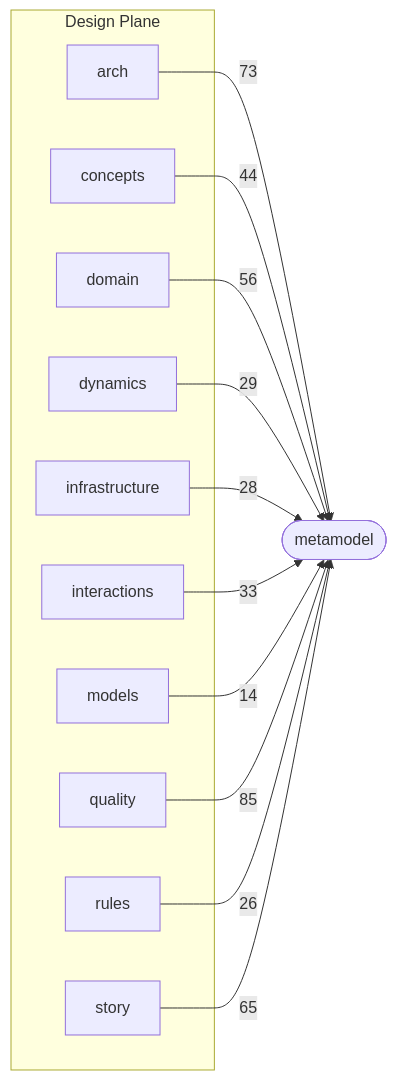
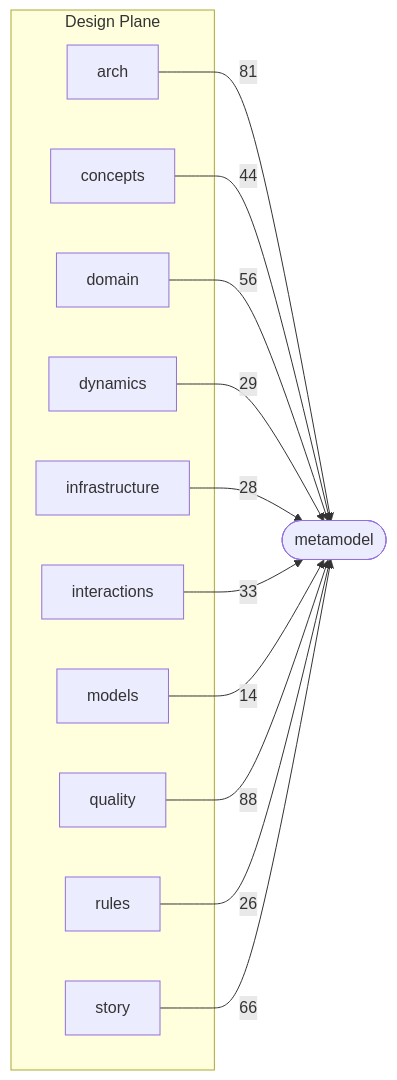
The second of 3 diagrams in docs/schema-atlas/v2.8/layer-map.md (Archally/blueprint-schema), drawn with Mermaid before and after one commit. The commit also changed other lines of this file and 5 other files, not shown here.

Commit message:
Schema Atlas: the catalog follows the 2.8.86 schema

````diff
--- a/docs/schema-atlas/v2.8/layer-map.md
+++ b/docs/schema-atlas/v2.8/layer-map.md
@@ -95,26 +95,26 @@
 ```mermaid
 graph LR
     subgraph design_plane["Design Plane"]
         design_arch_schema_yaml["arch"]
         design_concepts_schema_yaml["concepts"]
         design_domain_schema_yaml["domain"]
         design_dynamics_schema_yaml["dynamics"]
         design_infrastructure_schema_yaml["infrastructure"]
         design_interactions_schema_yaml["interactions"]
         design_models_schema_yaml["models"]
         design_quality_schema_yaml["quality"]
         design_rules_schema_yaml["rules"]
         design_story_schema_yaml["story"]
     end
     metamodel_schema_yaml(["metamodel"])
-    design_arch_schema_yaml -->|73| metamodel_schema_yaml
+    design_arch_schema_yaml -->|81| metamodel_schema_yaml
     design_concepts_schema_yaml -->|44| metamodel_schema_yaml
     design_domain_schema_yaml -->|56| metamodel_schema_yaml
     design_dynamics_schema_yaml -->|29| metamodel_schema_yaml
     design_infrastructure_schema_yaml -->|28| metamodel_schema_yaml
     design_interactions_schema_yaml -->|33| metamodel_schema_yaml
     design_models_schema_yaml -->|14| metamodel_schema_yaml
-    design_quality_schema_yaml -->|85| metamodel_schema_yaml
+    design_quality_schema_yaml -->|88| metamodel_schema_yaml
     design_rules_schema_yaml -->|26| metamodel_schema_yaml
-    design_story_schema_yaml -->|65| metamodel_schema_yaml
+    design_story_schema_yaml -->|66| metamodel_schema_yaml
 ```
````
